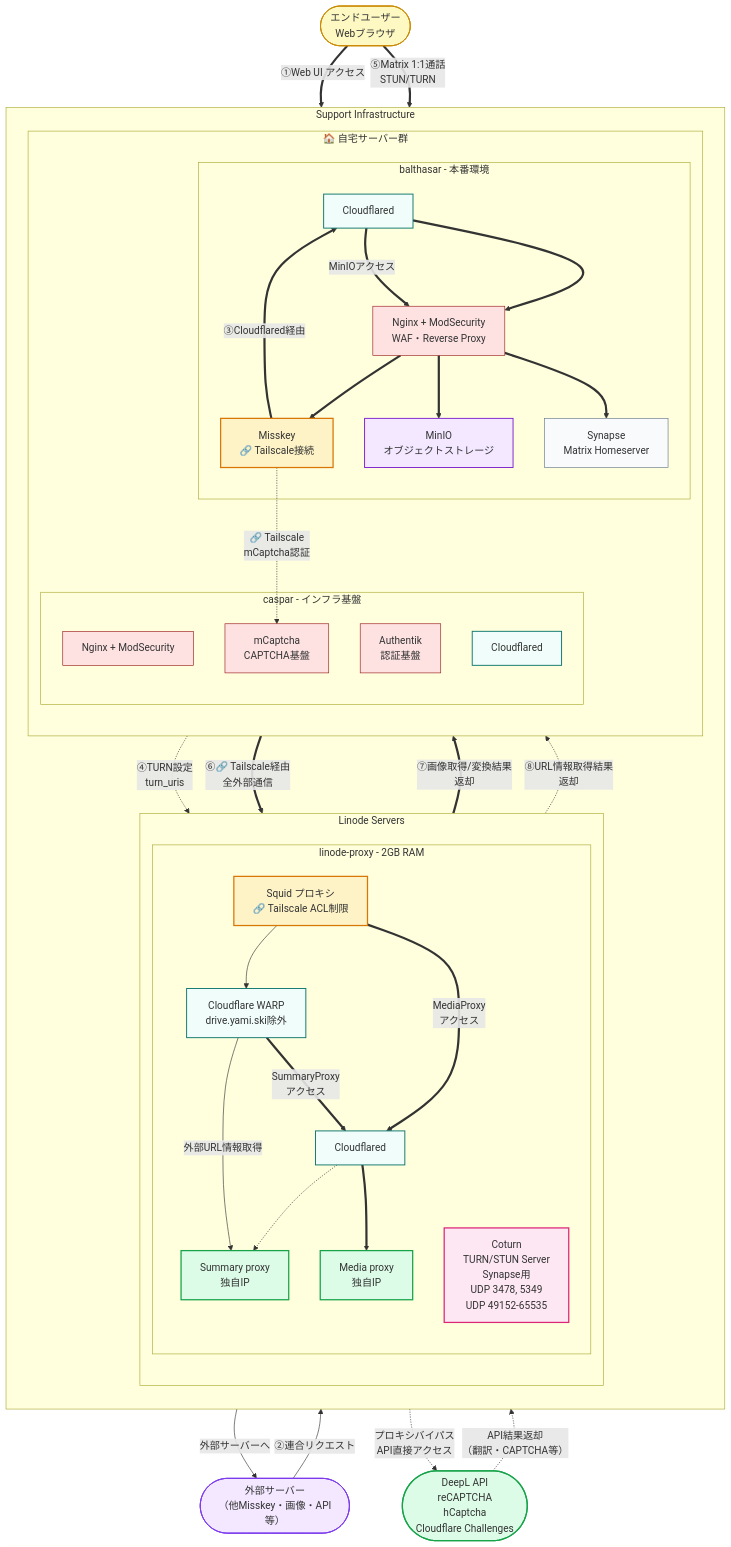
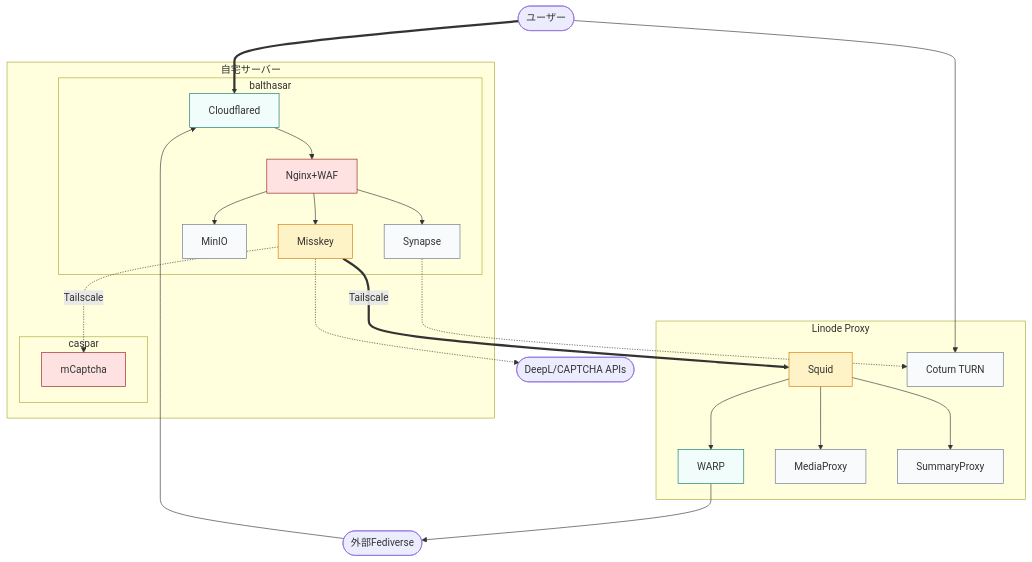
One commit to yamisskey-dev/yamisskey-host changed the seventh of 7 diagrams in README.md. Above: the diagram before and after it, drawn with Mermaid. The commit also changed other lines of this file, not shown here.

First line of the commit message:
Simplify Mermaid diagrams while preserving essential information

````diff
--- a/README.md
+++ b/README.md
@@ -569,95 +223,49 @@
 ```mermaid
 graph TB
-classDef homeServer fill:#e2e8f0,stroke:#334155,stroke-width:2px
-classDef service fill:#f8fafc,stroke:#64748b,stroke-width:1px
-classDef security fill:#fee2e2,stroke:#991b1b,stroke-width:1px
-classDef cloudflare fill:#f0fdfa,stroke:#0f766e,stroke-width:1.5px
-classDef user fill:#fef9c3,stroke:#ca8a04,stroke-width:1.5px
-classDef federation fill:#f3e8ff,stroke:#7c3aed,stroke-width:1.5px
-classDef direct fill:#dcfce7,stroke:#16a34a,stroke-width:2px
-classDef tailscale fill:#fef3c7,stroke:#d97706,stroke-width:2px
-classDef storage fill:#f3e8ff,stroke:#7e22ce,stroke-width:1.5px
-classDef rtc fill:#fce7f3,stroke:#db2777,stroke-width:2px
+    classDef cf fill:#f0fdfa,stroke:#0f766e
+    classDef ts fill:#fef3c7,stroke:#d97706
+    classDef sec fill:#fee2e2,stroke:#991b1b
+    classDef svc fill:#f8fafc,stroke:#64748b
 
-%% External actors
-enduser([エンドユーザー<br/>Webブラウザ]):::user
-external_servers([外部サーバー<br/>（他Misskey・画像・API等）]):::federation
-bypass_services([DeepL API<br/>reCAPTCHA<br/>hCaptcha<br/>Cloudflare Challenges]):::direct
+    users([ユーザー])
+    federation([外部Fediverse])
+    bypass([DeepL/CAPTCHA APIs])
 
-subgraph support[Support Infrastructure]
-    direction TB
-    
-    subgraph linode[Linode Servers]
-        direction TB
-        subgraph proxy[linode-proxy - 2GB RAM]
-            summaryproxy[Summary proxy<br/>独自IP]:::direct
-            mediaproxy[Media proxy<br/>独自IP]:::direct
-            squid[Squid プロキシ<br/>🔗 Tailscale ACL制限]:::tailscale
-            warp[Cloudflare WARP<br/>drive.yami.ski除外]:::cloudflare
-            cloudflared_p[Cloudflared]:::cloudflare
-            coturn[Coturn<br/>TURN/STUN Server<br/>Synapse用<br/>UDP 3478, 5349<br/>UDP 49152-65535]:::rtc
+    subgraph linode[Linode Proxy]
+        squid[Squid]:::ts
+        warp[WARP]:::cf
+        mediaproxy[MediaProxy]:::svc
+        summaryproxy[SummaryProxy]:::svc
+        coturn[Coturn TURN]:::svc
+    end
+
+    subgraph home[自宅サーバー]
+        subgraph balthasar[balthasar]
+            cf_b[Cloudflared]:::cf
+            nginx[Nginx+WAF]:::sec
+            misskey[Misskey]:::ts
+            minio[MinIO]:::svc
+            synapse[Synapse]:::svc
+        end
+
+        subgraph caspar[caspar]
+            mcaptcha[mCaptcha]:::sec
         end
     end
-    
-    subgraph homeservers[🏠 自宅サーバー群]
-        direction TB
-        subgraph balthasar_server[balthasar - 本番環境]
-            nginx_misskey[Nginx + ModSecurity<br/>WAF・Reverse Proxy]:::security
-            yamisskey[Misskey<br/>🔗 Tailscale接続]:::tailscale
-            minio_local[MinIO<br/>オブジェクトストレージ]:::storage
-            cloudflared_bc[Cloudflared]:::cloudflare
-            synapse_server[Synapse<br/>Matrix Homeserver]:::service
-        end
-        
-        subgraph caspar_server[caspar - インフラ基盤]
-            nginx_caspar[Nginx + ModSecurity]:::security
-            authentik_svc[Authentik<br/>認証基盤]:::security
-            mcaptcha_svc[mCaptcha<br/>CAPTCHA基盤]:::security
-            cloudflared_cs[Cloudflared]:::cloudflare
-        end
-    end
-end
 
-%% エンドユーザーのアクセス経路（太線）
-enduser ==>|"①Web UI アクセス"| cloudflared_bc
-cloudflared_bc ==> nginx_misskey
-nginx_misskey ==> yamisskey
-nginx_misskey ==> minio_local
-nginx_misskey ==> synapse_server
+    %% ユーザーアクセス
+    users ==> cf_b --> nginx --> misskey & minio & synapse
+    federation --> cf_b
 
-%% 外部サーバーからの連合リクエスト（通常線）
-external_servers -->|"②連合リクエスト"| cloudflared_bc
+    %% 外部通信（Squid経由）
+    misskey ==>|Tailscale| squid --> warp --> federation
+    squid --> mediaproxy & summaryproxy
 
-%% MisskeyからMinIOへのCloudflared経由接続
-yamisskey ==>|"③Cloudflared経由"| cloudflared_bc
-cloudflared_bc ==>|"MinIOアクセス"| nginx_misskey
+    %% 認証・VoIP
+    misskey -.->|Tailscale| mcaptcha
+    synapse -.-> coturn
+    users --> coturn
 
-%% Misskeyから認証基盤へのTailscale経由接続
-yamisskey -.->|"🔗 Tailscale<br/>mCaptcha認証"| mcaptcha_svc
-
-%% Matrix VoIP (TURN経由)
-synapse_server -.->|"④TURN設定<br/>turn_uris"| coturn
-enduser ==>|"⑤Matrix 1:1通話<br/>STUN/TURN"| coturn
-
-%% Misskeyサーバーからの全外部通信はSquid経由
-yamisskey ==>|"⑥🔗 Tailscale経由<br/>全外部通信"| squid
-squid --> warp
-
-%% WARPからの分岐
-warp -->|"外部サーバーへ"| external_servers
-warp ==>|"SummaryProxy<br/>アクセス"| cloudflared_p
-warp -->|"外部URL情報取得"| summaryproxy
-cloudflared_p ==> mediaproxy
-cloudflared_p -.-> summaryproxy
-squid ==>|"MediaProxy<br/>アクセス"| cloudflared_p
-
-%% MediaProxyからMisskeyへ画像処理結果を返却
-mediaproxy ==>|"⑦画像取得/変換結果<br/>返却"| cloudflared_bc
-
-%% SummaryProxyからの返却
-summaryproxy -.->|"⑧URL情報取得結果<br/>返却"| cloudflared_bc
-
-%% プロキシバイパス対象（特定APIサービス）
-yamisskey -.->|"プロキシバイパス<br/>API直接アクセス"| bypass_services
-bypass_services -.->|"API結果返却<br/>（翻訳・CAPTCHA等）"| yamisskey
+    %% バイパス
+    misskey -.-> bypass
 ```
````
